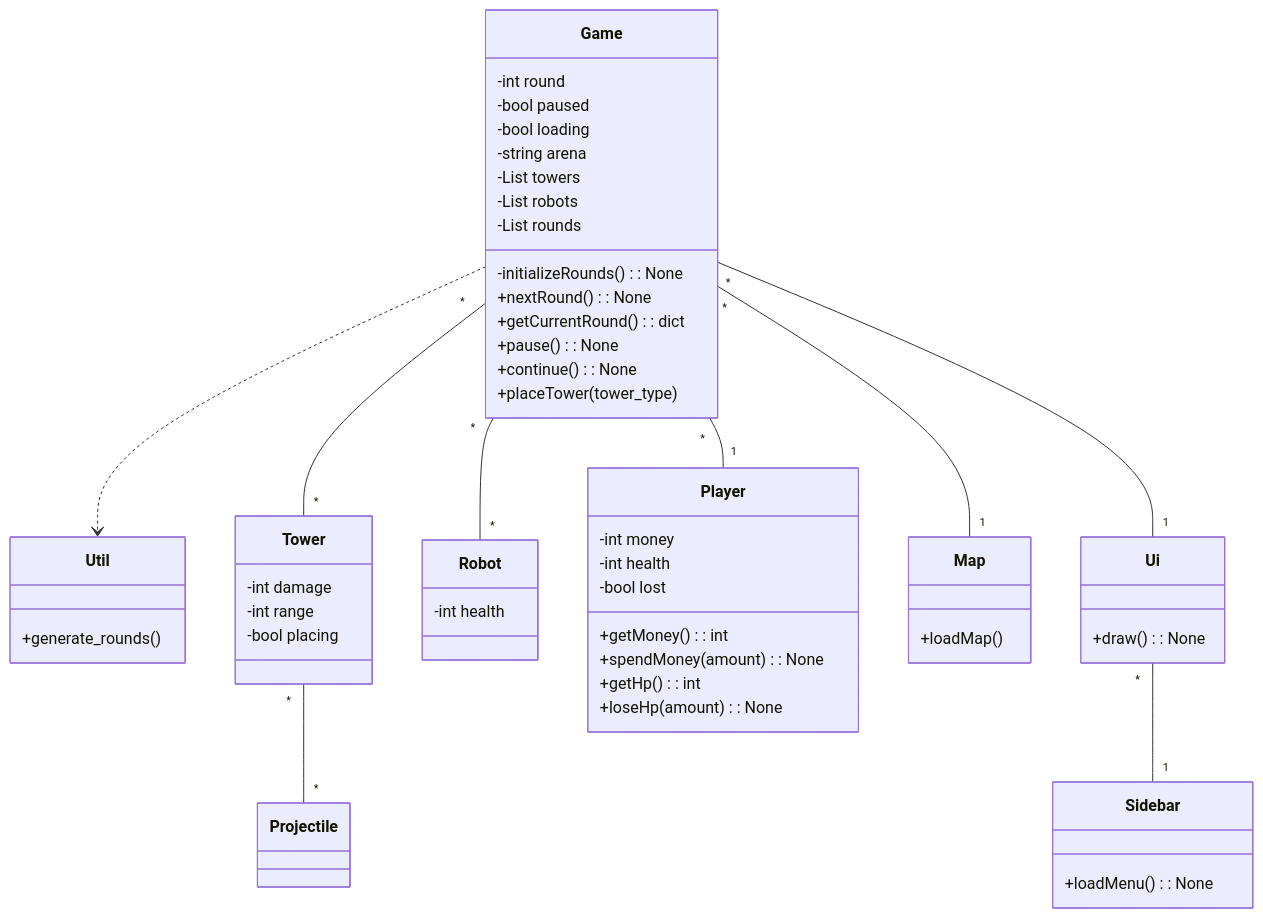
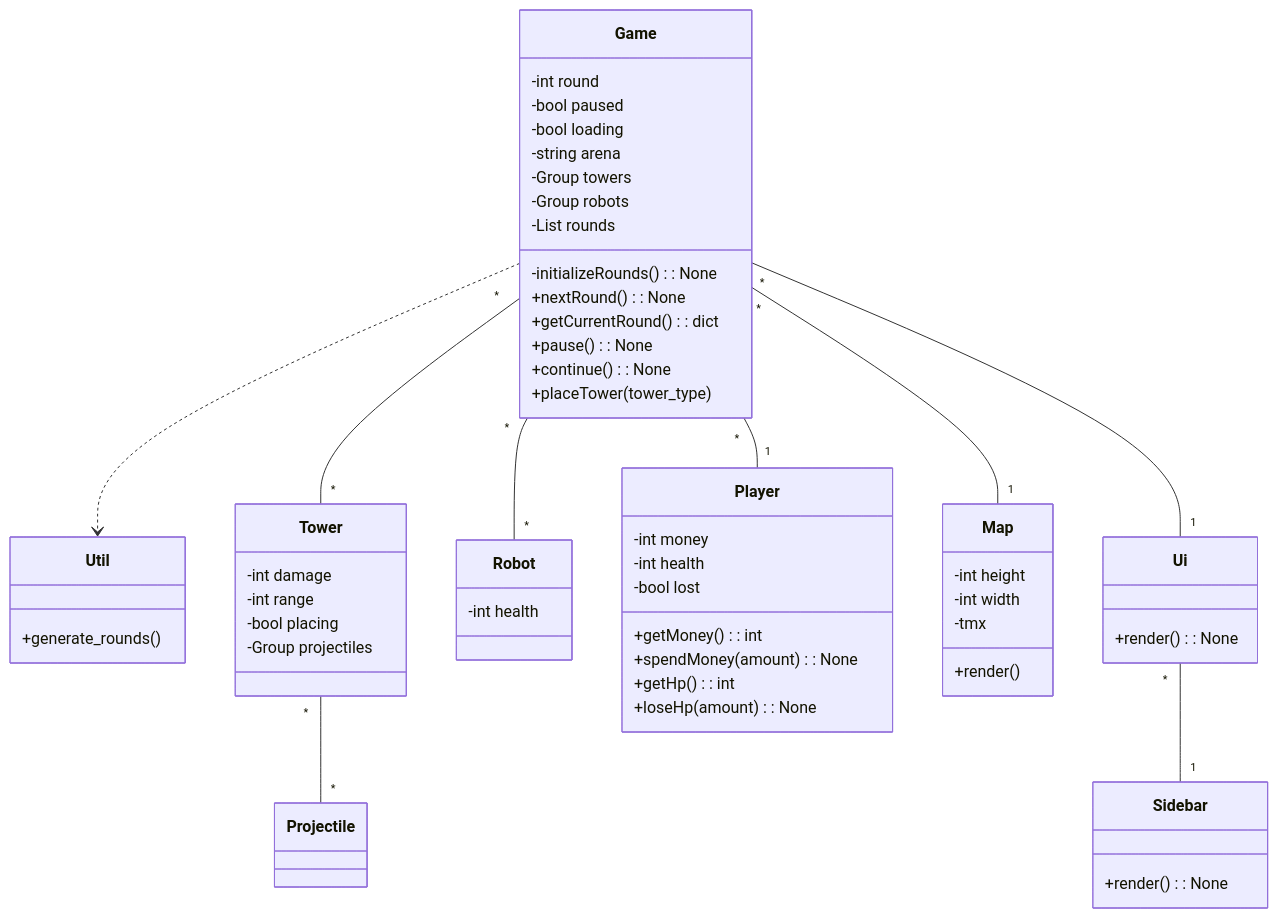
Before and after one commit to 3nd3r1/robot-invasion-defence-2: the diagram in robot-tower-defence-2/dokumentaatio/luokkadiagrammi.md, drawn with Mermaid. The commit also changed 21 other files, not shown here.

````diff
--- a/robot-tower-defence-2/dokumentaatio/luokkadiagrammi.md
+++ b/robot-tower-defence-2/dokumentaatio/luokkadiagrammi.md
@@ -1,58 +1,62 @@
 ```mermaid
 classDiagram
     Game ..> Util
     Game "*" -- "*" Tower
     Game "*" -- "*" Robot
     Game "*" -- "1" Player
     Game "*" -- "1" Map
     Game "*" -- "1" Ui
     Tower "*" -- "*" Projectile
     Ui "*" -- "1" Sidebar
     class Util {
         +generate_rounds()
     }
     class Game {
         -int round
         -bool paused
         -bool loading
         -string arena
-        -List<Tower> towers
-        -List<Robot> robots
+        -Group towers
+        -Group robots
         -List<dict> rounds
         -initializeRounds(): None
         +nextRound(): None
         +getCurrentRound(): dict
         +pause(): None
         +continue(): None
         +placeTower(tower_type)
     }
     class Player {
         -int money
         -int health
         -bool lost
         +getMoney(): int
         +spendMoney(amount): None
         +getHp(): int
         +loseHp(amount): None
     }
     class Map {
-        +loadMap()
+        -int height
+        -int width
+        -tmx
+        +render()
     }
     class Tower {
         -int damage
         -int range
         -bool placing
+        -Group projectiles
     }
     class Robot {
         -int health
     }
     class Projectile {
 
     }
     class Ui {
-        +draw(): None
+        +render(): None
     }
     class Sidebar {
-        +loadMenu(): None
+        +render(): None
     }
 ```
````
